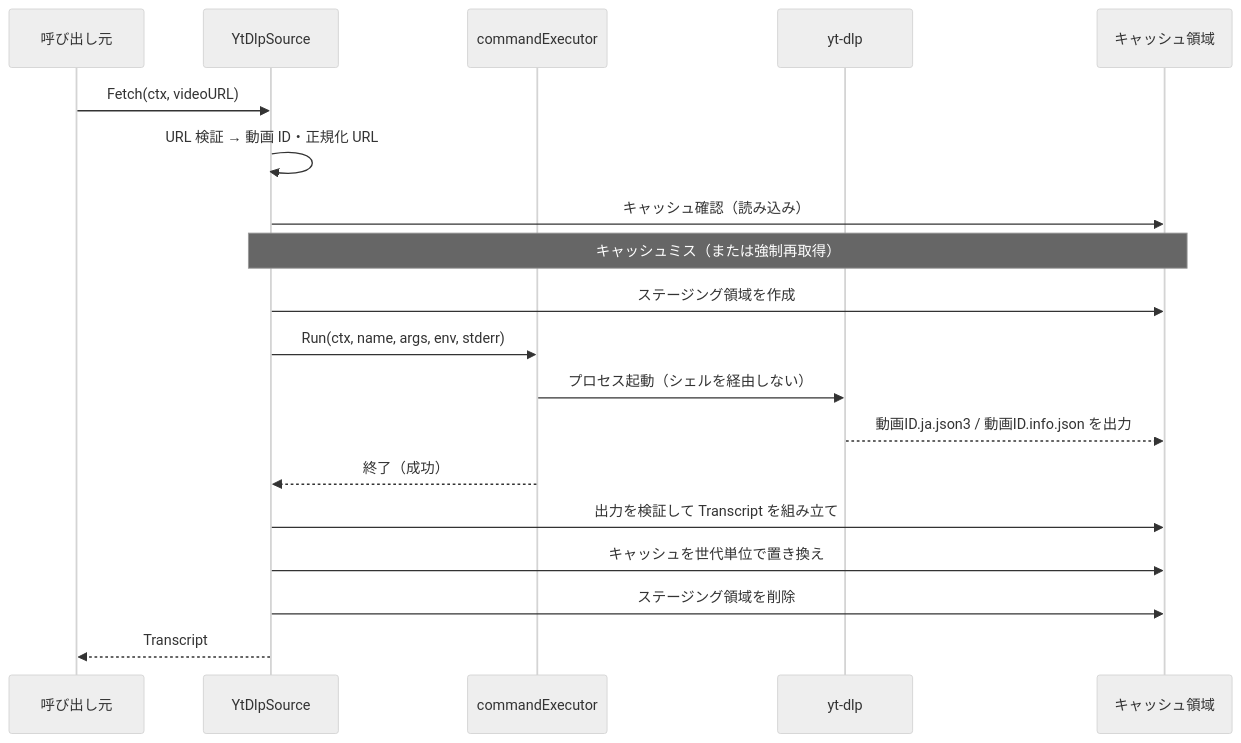
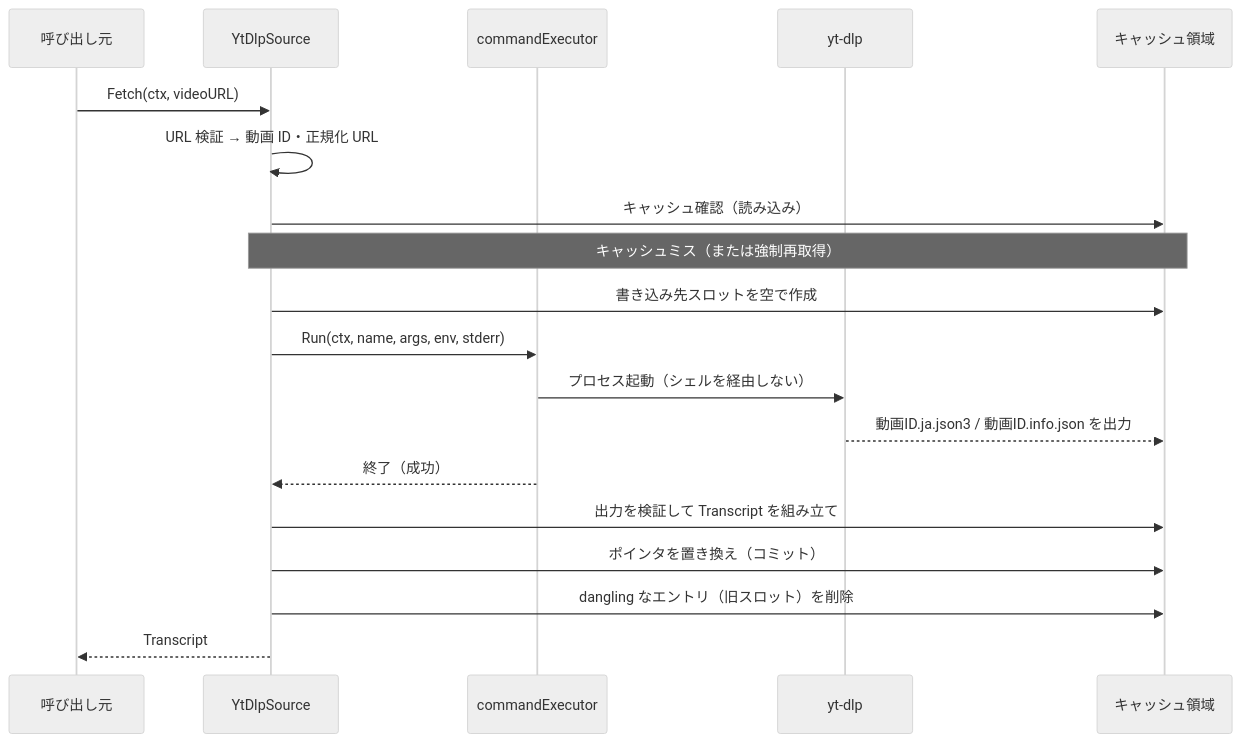
Before and after one commit to isseis/yt2column: the fifth of 11 diagrams in docs/tasks/0002_ytdlp_transcript_source/02_architecture.md, drawn with Mermaid (neutral theme). The commit also changed other lines of this file, not shown here.

````diff
--- a/docs/tasks/0002_ytdlp_transcript_source/02_architecture.md
+++ b/docs/tasks/0002_ytdlp_transcript_source/02_architecture.md
@@ -207,22 +207,22 @@
 ```mermaid
 sequenceDiagram
     participant C as 呼び出し元
     participant Y as YtDlpSource
     participant E as commandExecutor
     participant X as yt-dlp
     participant FS as キャッシュ領域
 
     C->>Y: Fetch(ctx, videoURL)
     Y->>Y: URL 検証 → 動画 ID・正規化 URL
     Y->>FS: キャッシュ確認（読み込み）
     Note over Y,FS: キャッシュミス（または強制再取得）
-    Y->>FS: ステージング領域を作成
+    Y->>FS: 書き込み先スロットを空で作成
     Y->>E: Run(ctx, name, args, env, stderr)
     E->>X: プロセス起動（シェルを経由しない）
     X-->>FS: 動画ID.ja.json3 / 動画ID.info.json を出力
     E-->>Y: 終了（成功）
     Y->>FS: 出力を検証して Transcript を組み立て
-    Y->>FS: キャッシュを世代単位で置き換え
-    Y->>FS: ステージング領域を削除
+    Y->>FS: ポインタを置き換え（コミット）
+    Y->>FS: dangling なエントリ（旧スロット）を削除
     Y-->>C: Transcript
 ```
````
